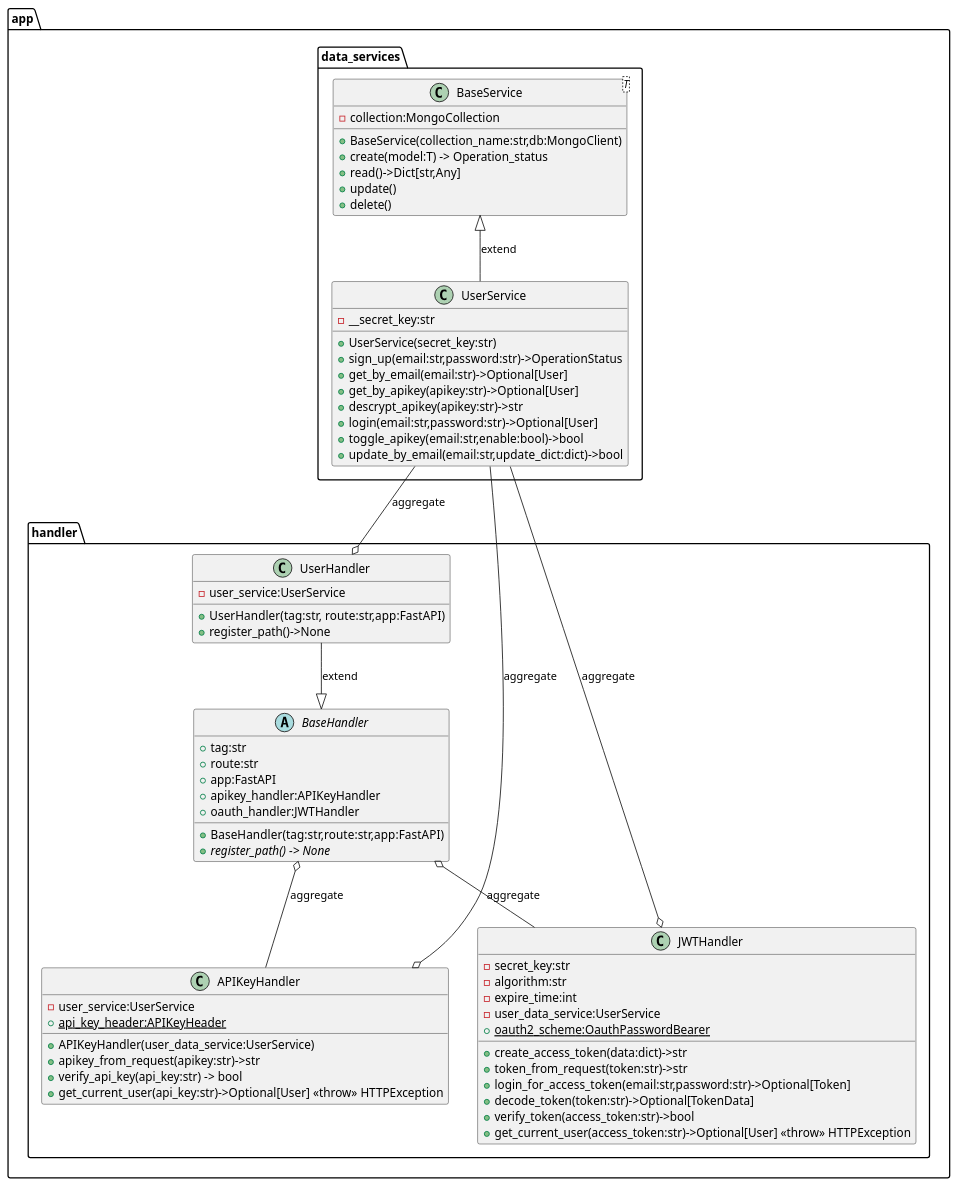
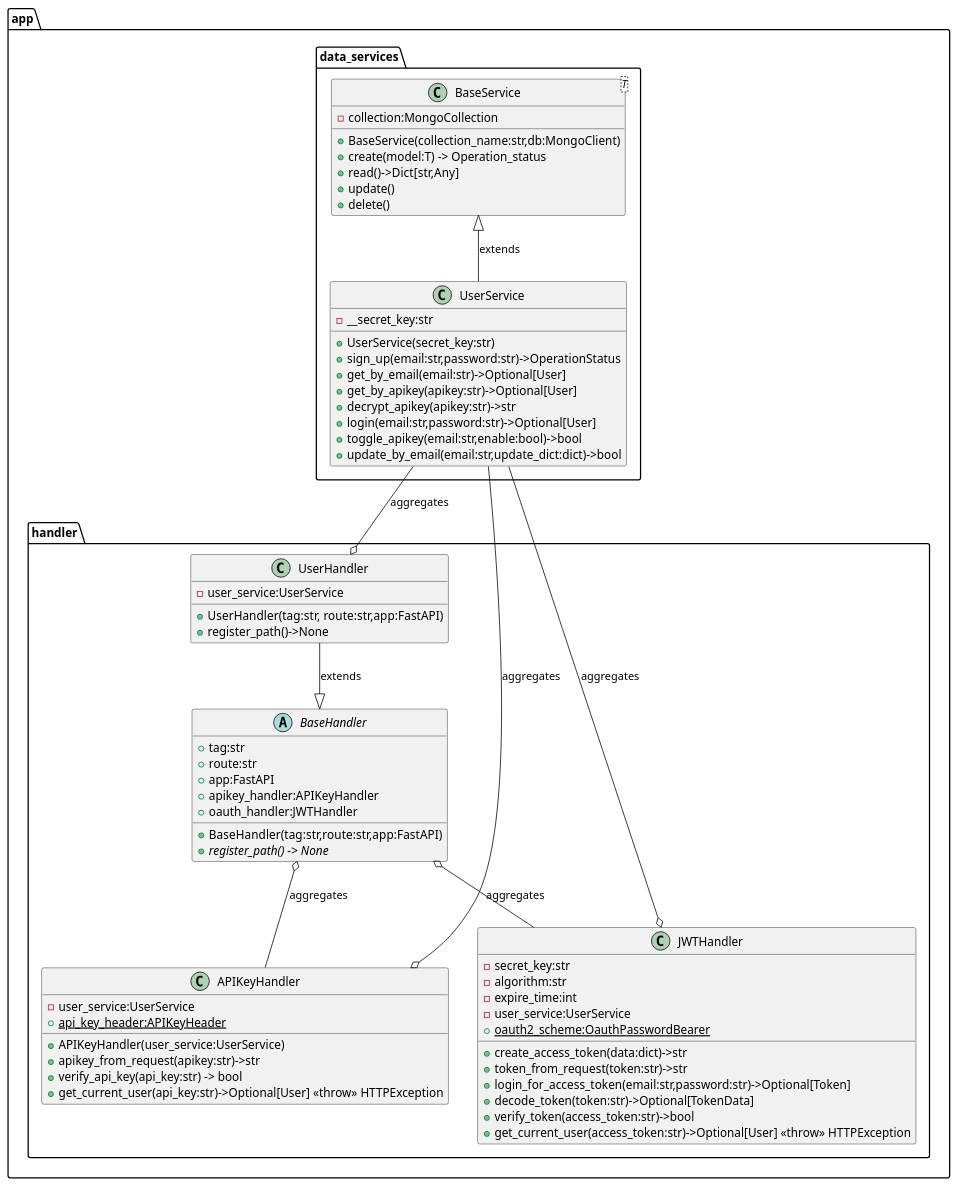
Before and after one commit to fbcharles747/Capstone_PV_API: the diagram in design.puml, drawn with PlantUML. The commit also changed 2 other files, not shown here.

```diff
--- a/design.puml
+++ b/design.puml
@@ -1,82 +1,82 @@
 @startuml "BaseService diagram"
 
 package app.data_services{
     class BaseService <T> {
         - collection:MongoCollection
         + BaseService(collection_name:str,db:MongoClient)
         + create(model:T) -> Operation_status
         + read()->Dict[str,Any]
         + update()
         + delete()
     }
 
     class UserService{
         - __secret_key:str
         + UserService(secret_key:str)
         + sign_up(email:str,password:str)->OperationStatus
         + get_by_email(email:str)->Optional[User]
         + get_by_apikey(apikey:str)->Optional[User]
-        + descrypt_apikey(apikey:str)->str
+        + decrypt_apikey(apikey:str)->str
         + login(email:str,password:str)->Optional[User]
         + toggle_apikey(email:str,enable:bool)->bool
         + update_by_email(email:str,update_dict:dict)->bool
     }
 }
 
 
 package app.handler{
 
     abstract class BaseHandler{
         + tag:str
         + route:str
         + app:FastAPI
         + apikey_handler:APIKeyHandler
         + oauth_handler:JWTHandler
 
         + BaseHandler(tag:str,route:str,app:FastAPI)
         + {abstract} register_path() -> None
     }
 
     class UserHandler{
         - user_service:UserService
         + UserHandler(tag:str, route:str,app:FastAPI)
         + register_path()->None
     }
 
 
     class APIKeyHandler{
         - user_service:UserService
         + {static} api_key_header:APIKeyHeader 
-        + APIKeyHandler(user_data_service:UserService)
+        + APIKeyHandler(user_service:UserService)
         + apikey_from_request(apikey:str)->str
         + verify_api_key(api_key:str) -> bool
         + get_current_user(api_key:str)->Optional[User] <<throw>> HTTPException
     }
 
     class JWTHandler{
         - secret_key:str
         - algorithm:str
         - expire_time:int
-        - user_data_service:UserService
+        - user_service:UserService
         + {static} oauth2_scheme:OauthPasswordBearer
         + create_access_token(data:dict)->str
         + token_from_request(token:str)->str
         + login_for_access_token(email:str,password:str)->Optional[Token]
         + decode_token(token:str)->Optional[TokenData]
         + verify_token(access_token:str)->bool
         + get_current_user(access_token:str)->Optional[User] <<throw>> HTTPException
 
     }
 }
 
 
-BaseService <|-- UserService: extend
-UserHandler --|> BaseHandler: extend
-BaseHandler o-- APIKeyHandler:aggregate
-BaseHandler o-- JWTHandler:aggregate
-UserService --o UserHandler:aggregate
-UserService --o APIKeyHandler: aggregate
-UserService --o JWTHandler:aggregate
+BaseService <|-- UserService: extends
+UserHandler --|> BaseHandler: extends
+BaseHandler o-- APIKeyHandler: aggregates
+BaseHandler o-- JWTHandler: aggregates
+UserService --o UserHandler: aggregates
+UserService --o APIKeyHandler: aggregates
+UserService --o JWTHandler: aggregates
 
 
 @enduml
```
